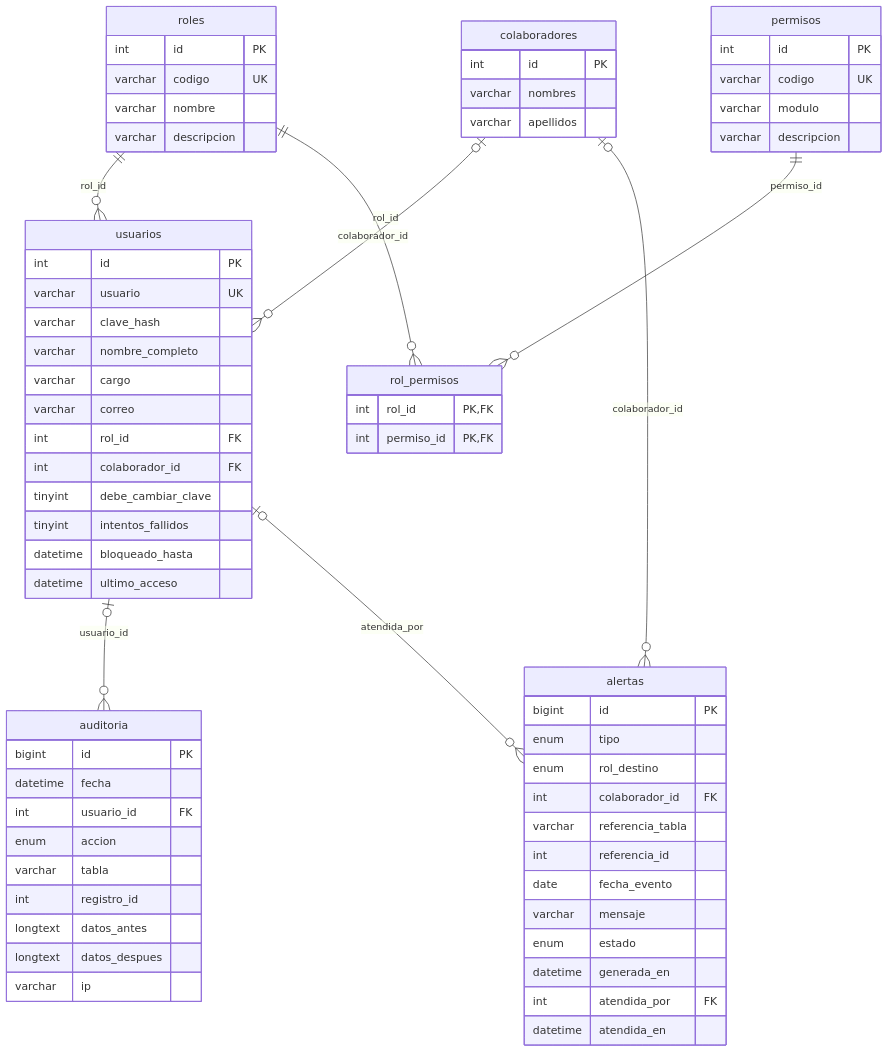
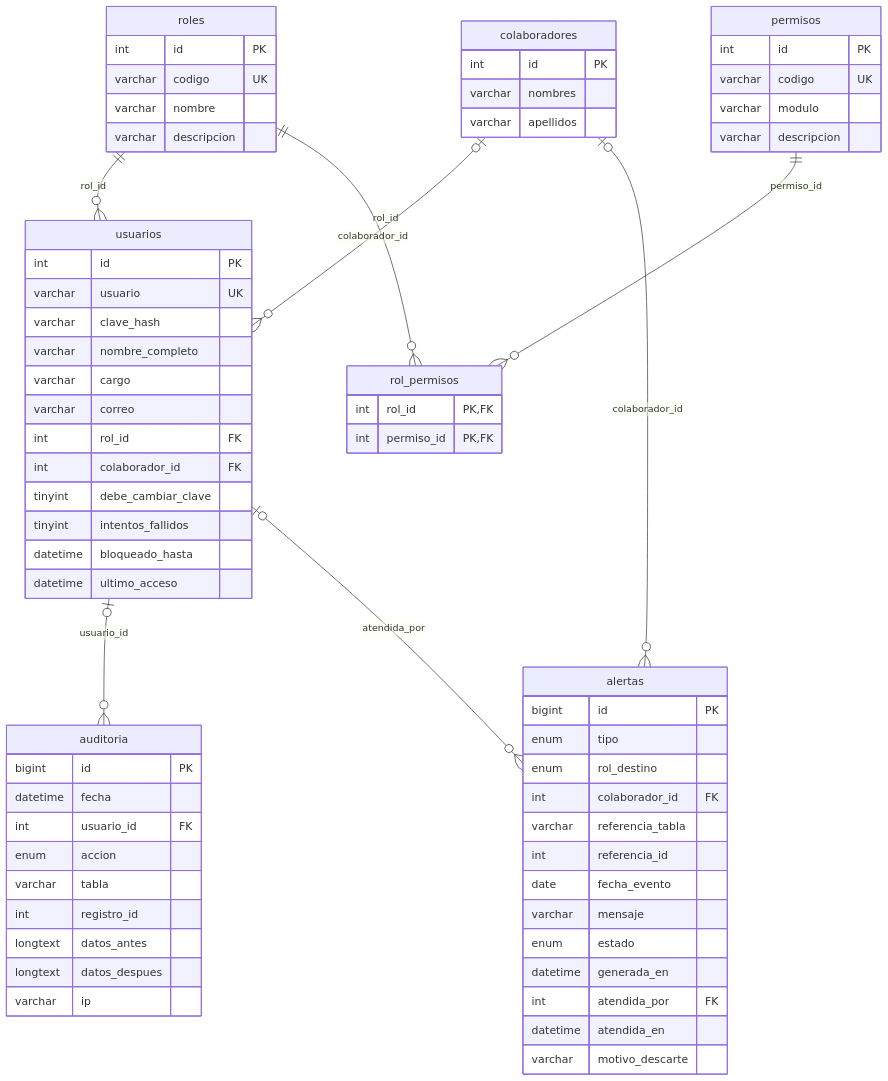
The diagram in docs/diagramas/er_3_seguridad_alertas.mmd (angiedramirez15-gif/Sgth), drawn with Mermaid before and after one commit. The commit also changed 30 other files, not shown here.

```diff
--- a/docs/diagramas/er_3_seguridad_alertas.mmd
+++ b/docs/diagramas/er_3_seguridad_alertas.mmd
@@ -1,68 +1,69 @@
 erDiagram
   usuarios {
     int id PK
     varchar usuario UK
     varchar clave_hash
     varchar nombre_completo
     varchar cargo
     varchar correo
     int rol_id FK
     int colaborador_id FK
     tinyint debe_cambiar_clave
     tinyint intentos_fallidos
     datetime bloqueado_hasta
     datetime ultimo_acceso
   }
   roles {
     int id PK
     varchar codigo UK
     varchar nombre
     varchar descripcion
   }
   permisos {
     int id PK
     varchar codigo UK
     varchar modulo
     varchar descripcion
   }
   rol_permisos {
     int rol_id PK,FK
     int permiso_id PK,FK
   }
   auditoria {
     bigint id PK
     datetime fecha
     int usuario_id FK
     enum accion
     varchar tabla
     int registro_id
     longtext datos_antes
     longtext datos_despues
     varchar ip
   }
   alertas {
     bigint id PK
     enum tipo
     enum rol_destino
     int colaborador_id FK
     varchar referencia_tabla
     int referencia_id
     date fecha_evento
     varchar mensaje
     enum estado
     datetime generada_en
     int atendida_por FK
     datetime atendida_en
+    varchar motivo_descarte
   }
   colaboradores {
     int id PK
     varchar nombres
     varchar apellidos
   }
   roles ||--o{ usuarios : "rol_id"
   colaboradores |o--o{ usuarios : "colaborador_id"
   roles ||--o{ rol_permisos : "rol_id"
   permisos ||--o{ rol_permisos : "permiso_id"
   usuarios |o--o{ auditoria : "usuario_id"
   colaboradores |o--o{ alertas : "colaborador_id"
   usuarios |o--o{ alertas : "atendida_por"
```
